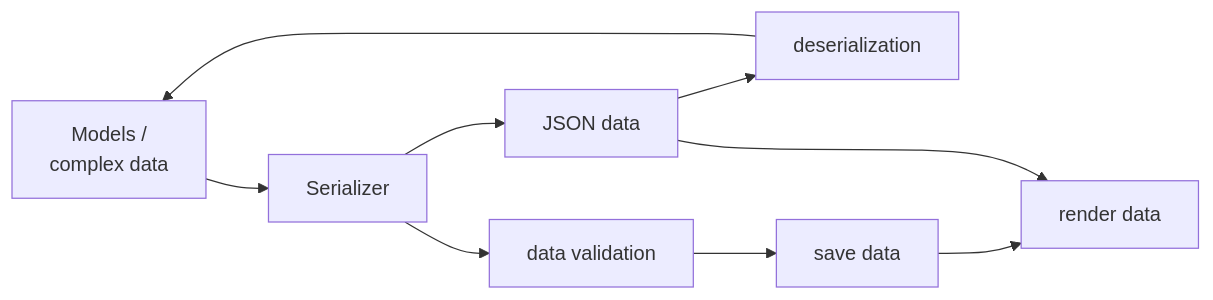
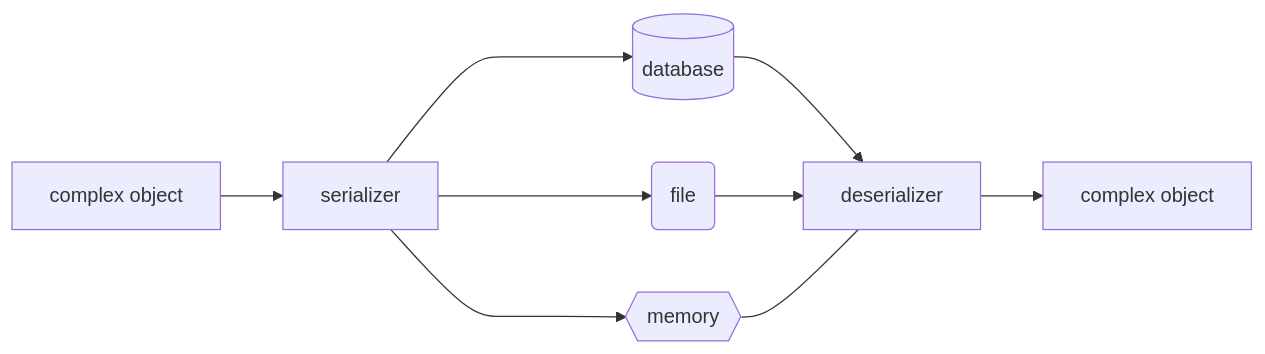
The diagram in docs/APIview.md (kushalsubedi/RESTframework), drawn with Mermaid before and after one commit. The commit also changed other lines of this file, not shown here.

Commit message:
serialization markdown added .

````diff
--- a/docs/APIview.md
+++ b/docs/APIview.md
@@ -9,11 +9,12 @@
 ```mermaid
 flowchart LR;
-A[Models / <br>complex data] --> B[Serializer]
-B --> C[JSON data]
-C --> D[deserialization]
-D --> A
-B --> E[data validation]
-E --> F[save data]
-F --> G[render data]
-C --> G
+A[complex object] --> B[serializer]
+B --> C[(database)]
+B ----> E(file)
+B--> D{{memory}}
+
+C-->F[deserializer]
+E -->F
+D ---F
+F --> G[complex object]
 ```
````
